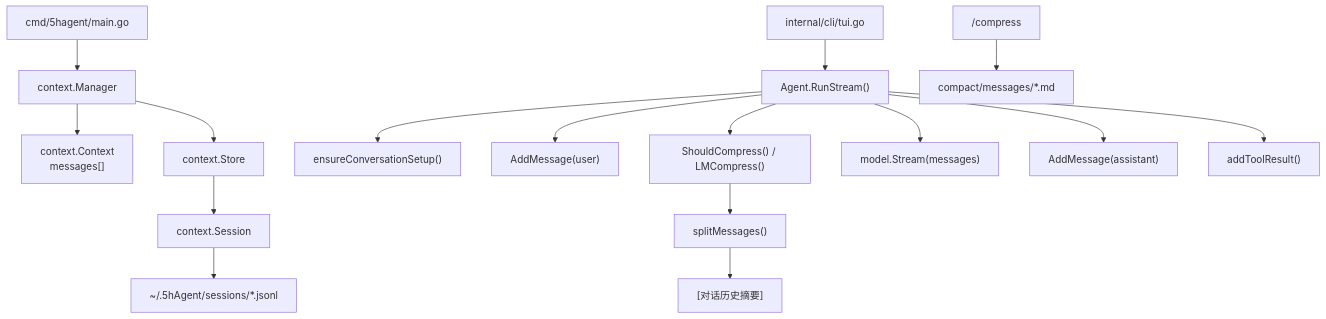
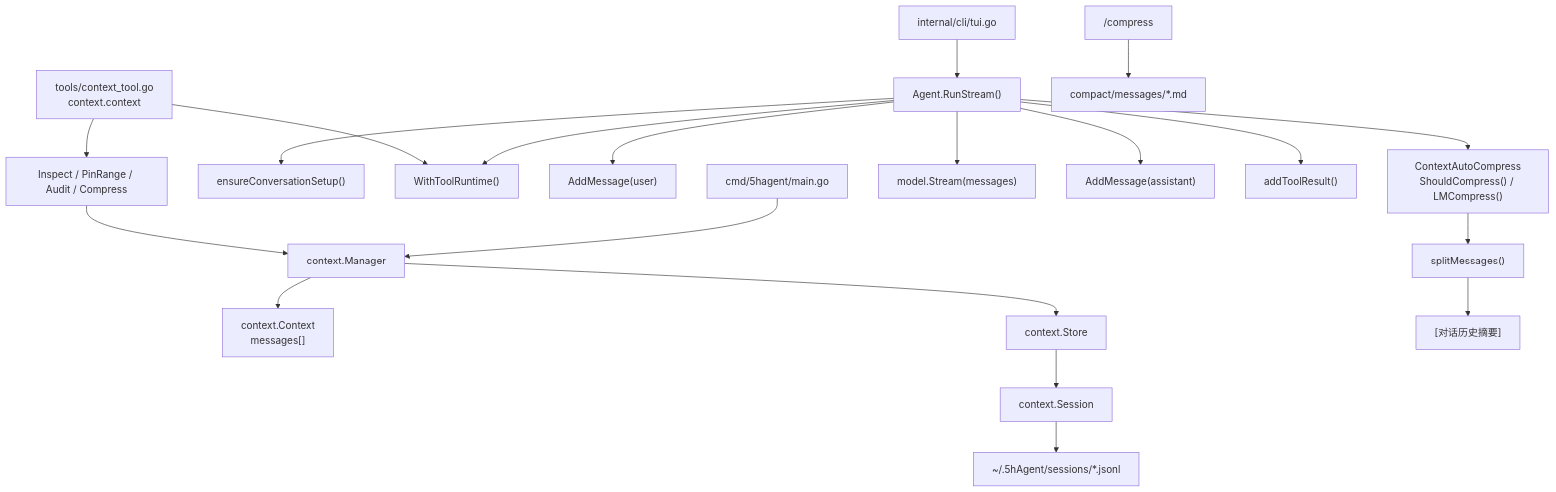
Before and after one commit to Ozqi/5hAgent: the diagram in doc/context.md, drawn with Mermaid. The commit also changed other lines of this file and 50 other files, not shown here.

First line of the commit message:
feat(runtime): add headless context workflow

````diff
--- a/doc/context.md
+++ b/doc/context.md
@@ -5,20 +5,25 @@
 ```mermaid
 flowchart TB
     main["cmd/5hagent/main.go"] --> manager["context.Manager"]
     manager --> ctx["context.Context<br/>messages[]"]
     manager --> store["context.Store"]
     store --> session["context.Session"]
     session --> jsonl["~/.5hAgent/sessions/*.jsonl"]
 
     tui["internal/cli/tui.go"] --> run["Agent.RunStream()"]
     run --> setup["ensureConversationSetup()"]
+    run --> runtime["WithToolRuntime()"]
     run --> addUser["AddMessage(user)"]
-    run --> compress["ShouldCompress() / LMCompress()"]
+    run --> compress["ContextAutoCompress<br/>ShouldCompress() / LMCompress()"]
     run --> model["model.Stream(messages)"]
     run --> addAssistant["AddMessage(assistant)"]
     run --> addTool["addToolResult()"]
+
+    ctxtool["tools/context_tool.go<br/>context.context"] --> runtime
+    ctxtool --> inspect["Inspect / PinRange / Audit / Compress"]
+    inspect --> manager
 
     compress --> split["splitMessages()"]
     split --> summary["[对话历史摘要]"]
     manual["/compress"] --> archive["compact/messages/*.md"]
 ```
````
